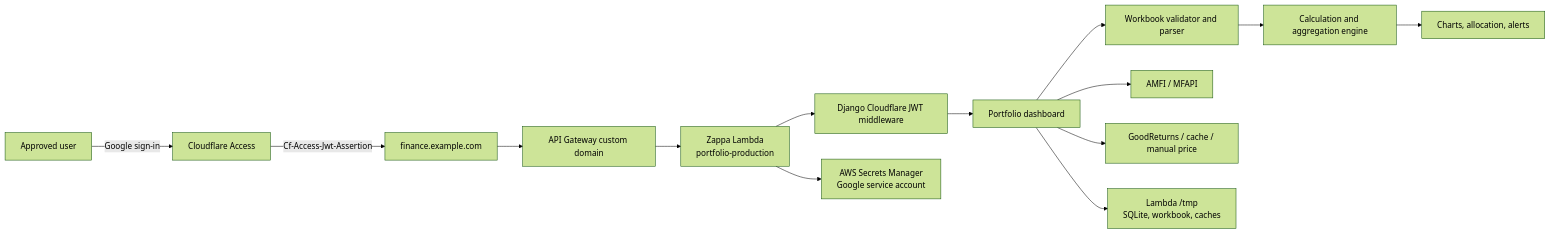
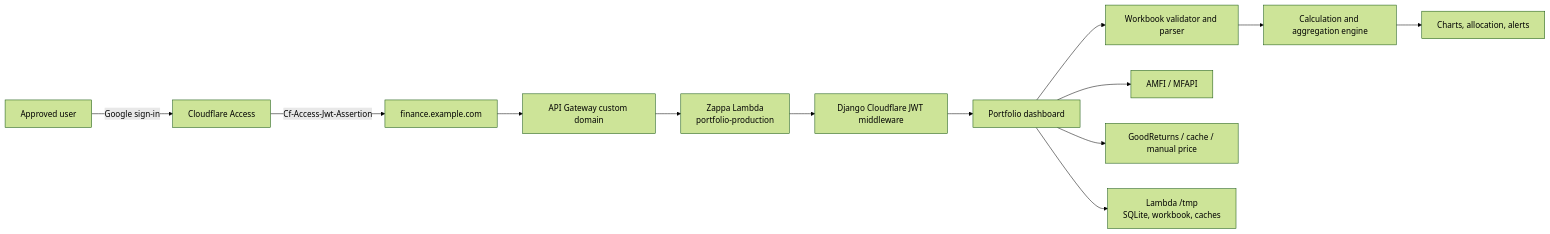
One commit to praveenkumarv-github/portfolio changed the first of 3 diagrams in README.md. Above: the diagram before and after it, drawn with Mermaid (forest theme). The commit also changed other lines of this file and 12 other files, not shown here.

Commit message:
Refactor Google service account handling: remove Secrets Manager integration and update documentation

````diff
--- a/README.md
+++ b/README.md
@@ -30,18 +30,17 @@
 ```mermaid
 flowchart LR
     U[Approved user] -->|Google sign-in| CF[Cloudflare Access]
     CF -->|Cf-Access-Jwt-Assertion| DNS[finance.example.com]
     DNS --> APIGW[API Gateway custom domain]
     APIGW --> L[Zappa Lambda<br/>portfolio-production]
     L --> MW[Django Cloudflare JWT middleware]
     MW --> APP[Portfolio dashboard]
 
     APP --> XLSX[Workbook validator and parser]
     XLSX --> CALC[Calculation and aggregation engine]
     CALC --> VIEW[Charts, allocation, alerts]
 
-    L --> SM[AWS Secrets Manager<br/>Google service account]
     APP --> NAV[AMFI / MFAPI]
     APP --> METAL[GoodReturns / cache / manual price]
     APP --> TMP[Lambda /tmp<br/>SQLite, workbook, caches]
 ```
````
